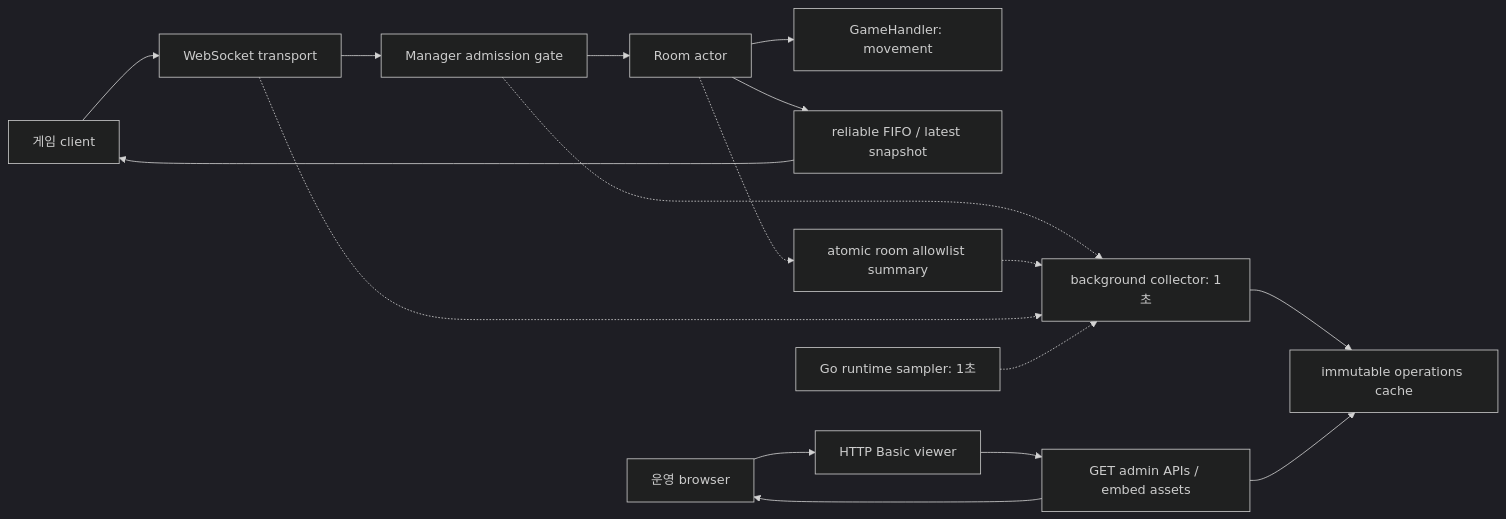
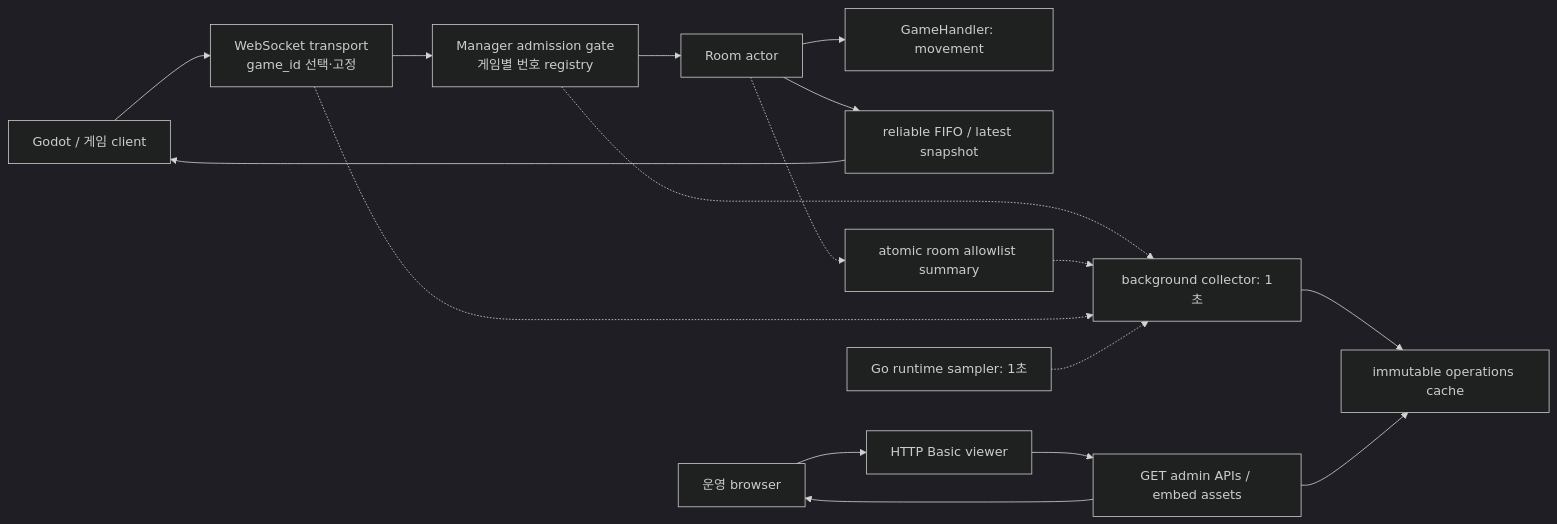
The diagram in docs/architecture.md (sangjinsu/coopdock), drawn with Mermaid (dark theme) before and after one commit. The commit also changed other lines of this file and 12 other files, not shown here.

````diff
--- a/docs/architecture.md
+++ b/docs/architecture.md
@@ -11,19 +11,19 @@
 ```mermaid
 flowchart LR
-    Client["게임 client"] --> WS["WebSocket transport"]
-    WS --> Manager["Manager admission gate"]
+    Client["Godot / 게임 client"] --> WS["WebSocket transport<br/>game_id 선택·고정"]
+    WS --> Manager["Manager admission gate<br/>게임별 번호 registry"]
     Manager --> Actor["Room actor"]
     Actor --> Game["GameHandler: movement"]
     Actor --> Outbox["reliable FIFO / latest snapshot"]
     Outbox --> Client
     Actor -.-> Summary["atomic room allowlist summary"]
     Manager -.-> Collector["background collector: 1초"]
     Summary -.-> Collector
     WS -.-> Collector
     Runtime["Go runtime sampler: 1초"] -.-> Collector
     Collector --> Cache["immutable operations cache"]
     Browser["운영 browser"] --> Auth["HTTP Basic viewer"]
     Auth --> Admin["GET admin APIs / embed assets"]
     Admin --> Cache
     Admin --> Browser
 ```
````
